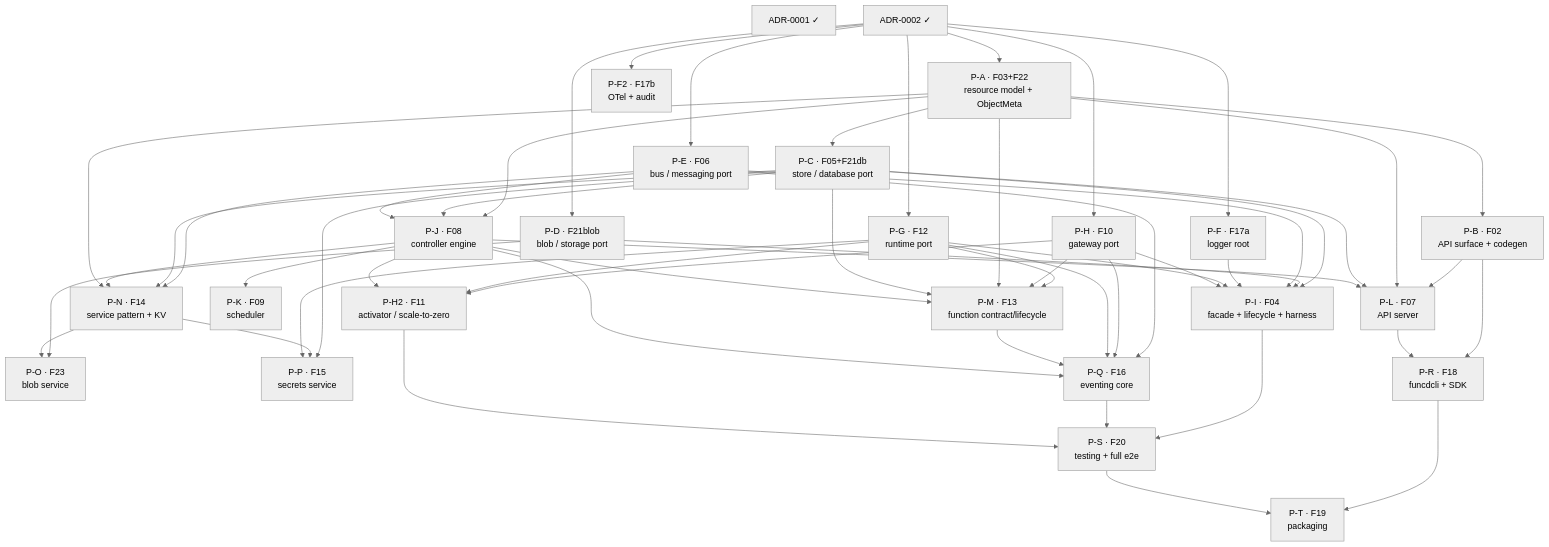
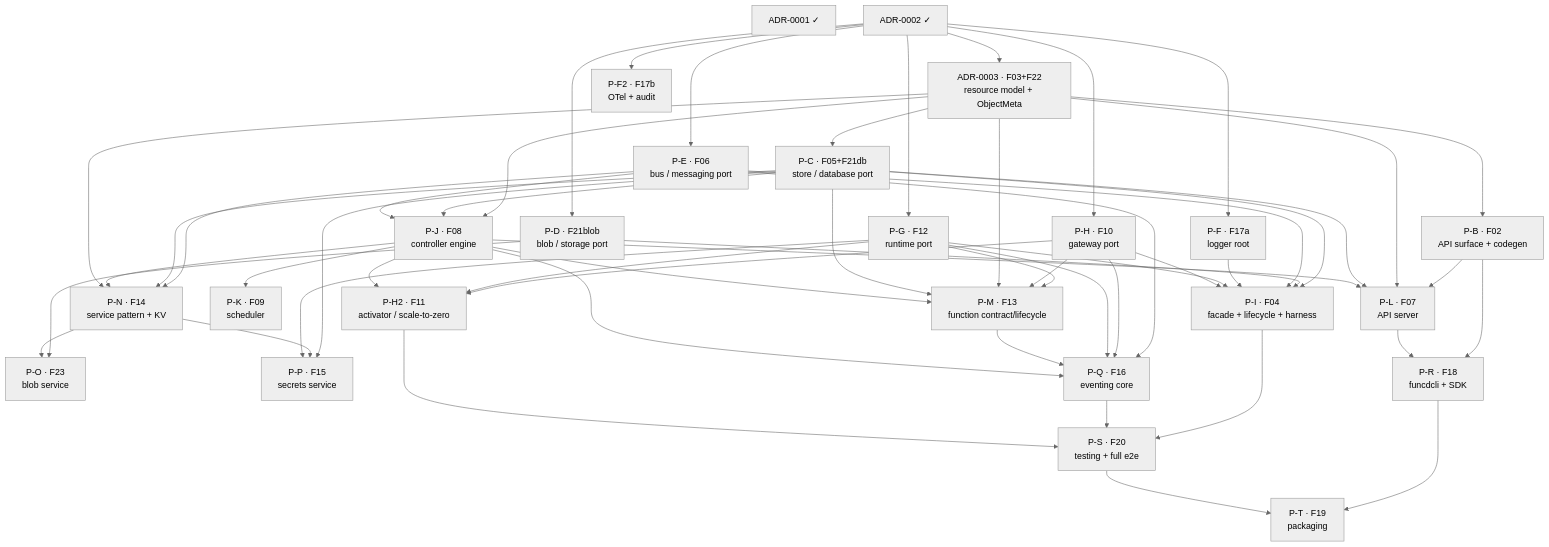
The diagram in docs/roadmap/v1-delivery-plan.md (pyvvo/funcd), drawn with Mermaid (neutral theme) before and after one commit. The commit also changed other lines of this file and 4 other files, not shown here.

First line of the commit message:
Refactor roadmap and feature documentation to incorporate ADR-0003

````diff
--- a/docs/roadmap/v1-delivery-plan.md
+++ b/docs/roadmap/v1-delivery-plan.md
@@ -86,80 +86,80 @@
 ```mermaid
 flowchart TB
     ADR_0001["ADR-0001 ✓"]
     ADR_0002["ADR-0002 ✓"]
-    P_A["P-A · F03+F22<br/>resource model + ObjectMeta"]
+    ADR_0003["ADR-0003 · F03+F22<br/>resource model + ObjectMeta"]
     P_B["P-B · F02<br/>API surface + codegen"]
     P_C["P-C · F05+F21db<br/>store / database port"]
     P_D["P-D · F21blob<br/>blob / storage port"]
     P_E["P-E · F06<br/>bus / messaging port"]
     P_F["P-F · F17a<br/>logger root"]
     P_F2["P-F2 · F17b<br/>OTel + audit"]
     P_G["P-G · F12<br/>runtime port"]
     P_H["P-H · F10<br/>gateway port"]
     P_H2["P-H2 · F11<br/>activator / scale-to-zero"]
     P_I["P-I · F04<br/>facade + lifecycle + harness"]
     P_J["P-J · F08<br/>controller engine"]
     P_K["P-K · F09<br/>scheduler"]
     P_L["P-L · F07<br/>API server"]
     P_M["P-M · F13<br/>function contract/lifecycle"]
     P_N["P-N · F14<br/>service pattern + KV"]
     P_O["P-O · F23<br/>blob service"]
     P_P["P-P · F15<br/>secrets service"]
     P_Q["P-Q · F16<br/>eventing core"]
     P_R["P-R · F18<br/>funcdcli + SDK"]
     P_S["P-S · F20<br/>testing + full e2e"]
     P_T["P-T · F19<br/>packaging"]
 
-    ADR_0002 --> P_A
-    P_A --> P_B
-    P_A --> P_C
+    ADR_0002 --> ADR_0003
+    ADR_0003 --> P_B
+    ADR_0003 --> P_C
     ADR_0002 --> P_D
     ADR_0002 --> P_E
     ADR_0002 --> P_F
     ADR_0002 --> P_F2
     ADR_0002 --> P_G
     ADR_0002 --> P_H
     P_H --> P_H2
     P_G --> P_H2
     P_J --> P_H2
     P_C --> P_I
     P_D --> P_I
     P_E --> P_I
     P_F --> P_I
     P_G --> P_I
     P_H --> P_I
-    P_A --> P_J
+    ADR_0003 --> P_J
     P_C --> P_J
     P_E --> P_J
     P_J --> P_K
     P_B --> P_L
-    P_A --> P_L
+    ADR_0003 --> P_L
     P_C --> P_L
     P_J --> P_L
     P_G --> P_M
     P_H --> P_M
-    P_A --> P_M
+    ADR_0003 --> P_M
     P_C --> P_M
     P_J --> P_M
     P_E --> P_N
     P_C --> P_N
     P_J --> P_N
-    P_A --> P_N
+    ADR_0003 --> P_N
     P_D --> P_O
     P_N --> P_O
     P_C --> P_P
     P_N --> P_P
     P_G --> P_P
     P_E --> P_Q
     P_H --> P_Q
     P_G --> P_Q
     P_M --> P_Q
     P_J --> P_Q
     P_B --> P_R
     P_L --> P_R
     P_I --> P_S
     P_Q --> P_S
     P_H2 --> P_S
     P_R --> P_T
     P_S --> P_T
 ```
````
